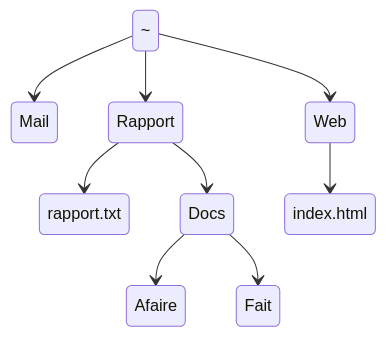
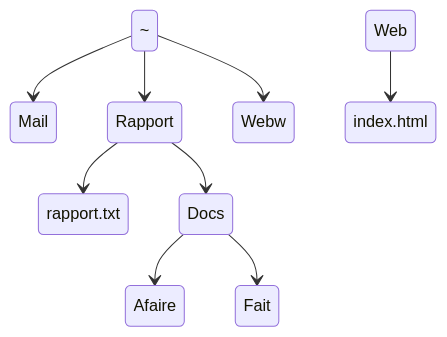
The diagram in docs/contents/tp1.md (douga19/introduction-linux), drawn with Mermaid before and after one commit. The commit also changed other lines of this file, not shown here.

````diff
--- a/docs/contents/tp1.md
+++ b/docs/contents/tp1.md
@@ -154,11 +147,11 @@
 ```mermaid
 stateDiagram-v2
     ~ --> Mail
     ~ --> Rapport
-    ~ --> Web
+    ~ --> Webw
     Rapport --> rapport.txt
     Rapport --> Docs
     Docs --> Afaire
     Docs --> Fait
     Web --> index.html
 ```
````
